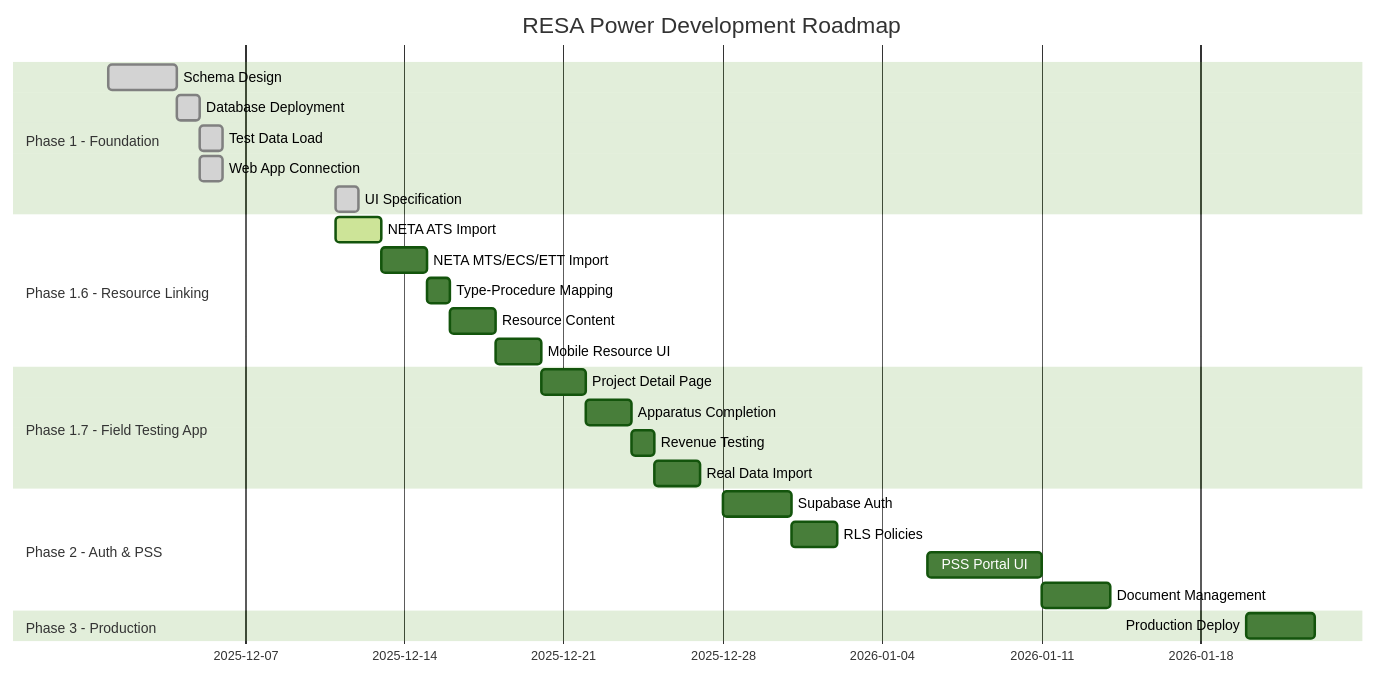
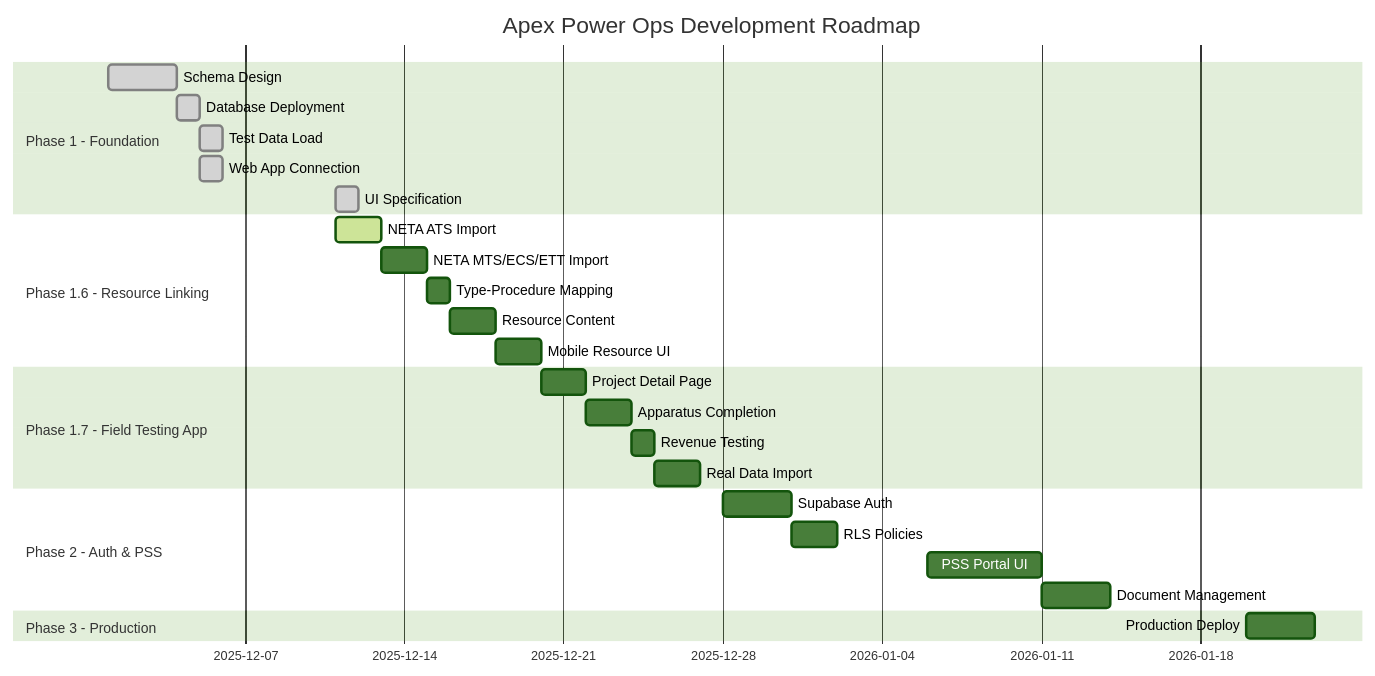
One commit to APEX-Power-Ops/apex-power-ops-platform changed the fourth of 4 diagrams in PROJECT_STATUS.md. Above: the diagram before and after it, drawn with Mermaid (forest theme). The commit also changed other lines of this file and 1 other file, not shown here.

Commit message:
Align top-level docs with Apex repo identity

````diff
--- a/PROJECT_STATUS.md
+++ b/PROJECT_STATUS.md
@@ -193,34 +193,34 @@
 ```mermaid
 gantt
-    title RESA Power Development Roadmap
+    title Apex Power Ops Development Roadmap
     dateFormat YYYY-MM-DD
     
     section Phase 1 - Foundation
     Schema Design           :done, p1a, 2025-12-01, 3d
     Database Deployment     :done, p1b, 2025-12-04, 1d
     Test Data Load          :done, p1c, 2025-12-05, 1d
     Web App Connection      :done, p1d, 2025-12-05, 1d
     UI Specification        :done, p1e, 2025-12-11, 1d
     
     section Phase 1.6 - Resource Linking
     NETA ATS Import         :active, p16a, 2025-12-11, 2d
     NETA MTS/ECS/ETT Import :p16b, after p16a, 2d
     Type-Procedure Mapping  :p16c, after p16b, 1d
     Resource Content        :p16d, after p16c, 2d
     Mobile Resource UI      :p16e, after p16d, 2d
     
     section Phase 1.7 - Field Testing App
     Project Detail Page     :f1, after p16e, 2d
     Apparatus Completion    :f2, after f1, 2d
     Revenue Testing         :f3, after f2, 1d
     Real Data Import        :f4, after f3, 2d
     
     section Phase 2 - Auth & PSS
     Supabase Auth           :a1, 2025-12-28, 3d
     RLS Policies            :a2, after a1, 2d
     PSS Portal UI           :p2a, 2026-01-06, 5d
     Document Management     :p2b, after p2a, 3d
     
     section Phase 3 - Production
     Production Deploy       :p3, 2026-01-20, 3d
 ```
````
